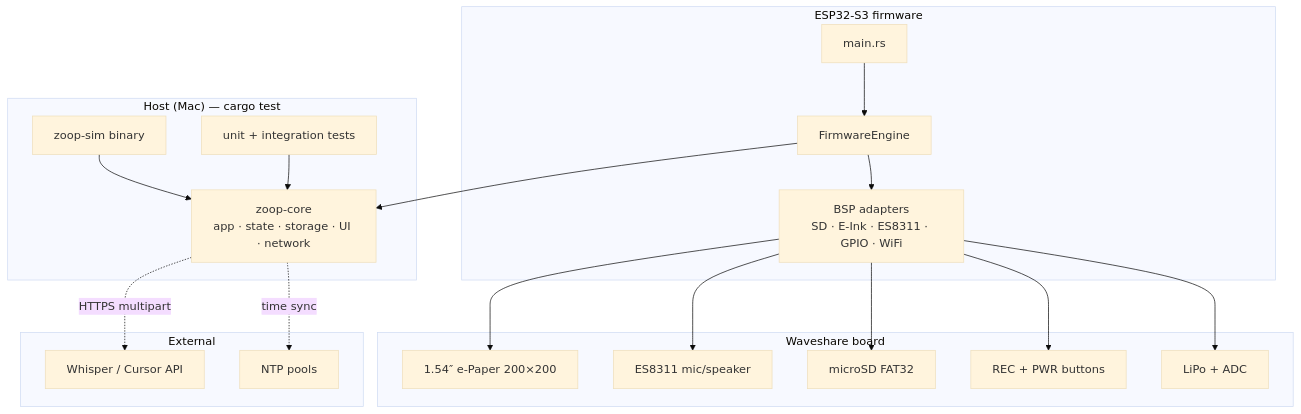
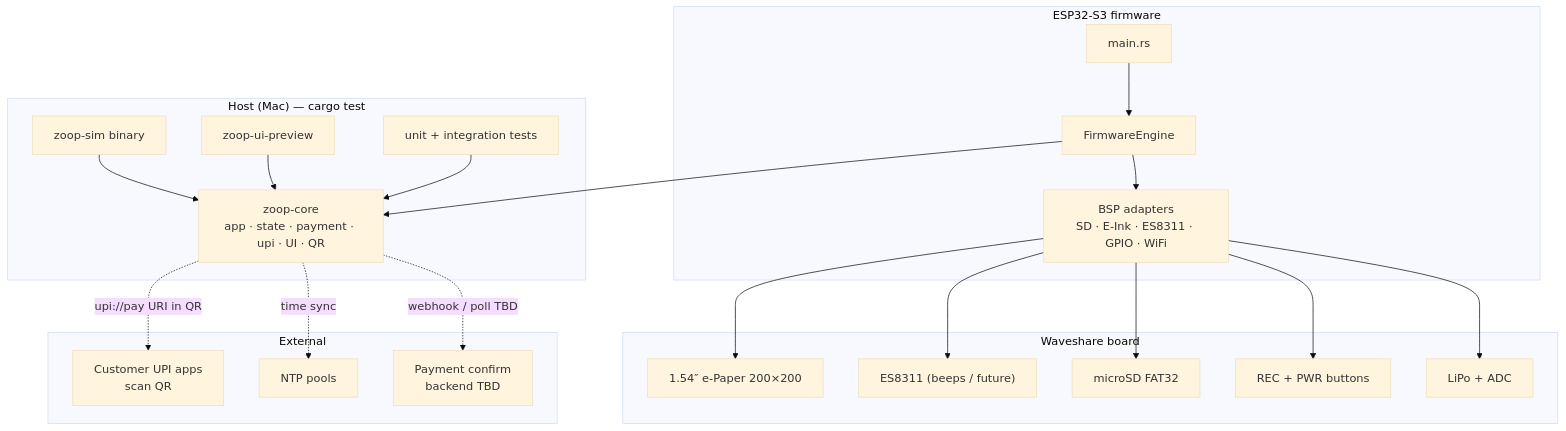
The first of 5 diagrams in docs/architecture.md (akashsoni01/zoop), drawn with Mermaid (base theme) before and after one commit. The commit also changed other lines of this file and 28 other files, not shown here.

````diff
--- a/docs/architecture.md
+++ b/docs/architecture.md
@@ -9,36 +9,40 @@
 ```mermaid
 flowchart TB
   subgraph Host["Host (Mac) — cargo test"]
-    CORE["zoop-core<br/>app · state · storage · UI · network"]
+    CORE["zoop-core<br/>app · state · payment · upi · UI · QR"]
     SIM["zoop-sim binary"]
+    PREV["zoop-ui-preview"]
     TESTS["unit + integration tests"]
     SIM --> CORE
+    PREV --> CORE
     TESTS --> CORE
   end
 
   subgraph Device["ESP32-S3 firmware"]
     MAIN["main.rs"]
     ENGINE["FirmwareEngine"]
     BSP["BSP adapters<br/>SD · E-Ink · ES8311 · GPIO · WiFi"]
     MAIN --> ENGINE
     ENGINE --> BSP
     ENGINE --> CORE
   end
 
   subgraph Hardware["Waveshare board"]
     EPD["1.54″ e-Paper 200×200"]
-    MIC["ES8311 mic/speaker"]
+    MIC["ES8311 (beeps / future)"]
     SD["microSD FAT32"]
     BTN["REC + PWR buttons"]
     BAT["LiPo + ADC"]
   end
 
-  subgraph Cloud["External"]
-    WHISPER["Whisper / Cursor API"]
+  subgraph External["External"]
+    UPI["Customer UPI apps<br/>scan QR"]
     NTP["NTP pools"]
+    BACKEND["Payment confirm<br/>backend TBD"]
   end
 
   BSP --> EPD & MIC & SD & BTN & BAT
-  CORE -.->|HTTPS multipart| WHISPER
+  CORE -.->|upi://pay URI in QR| UPI
   CORE -.->|time sync| NTP
+  CORE -.->|webhook / poll TBD| BACKEND
 ```
````
